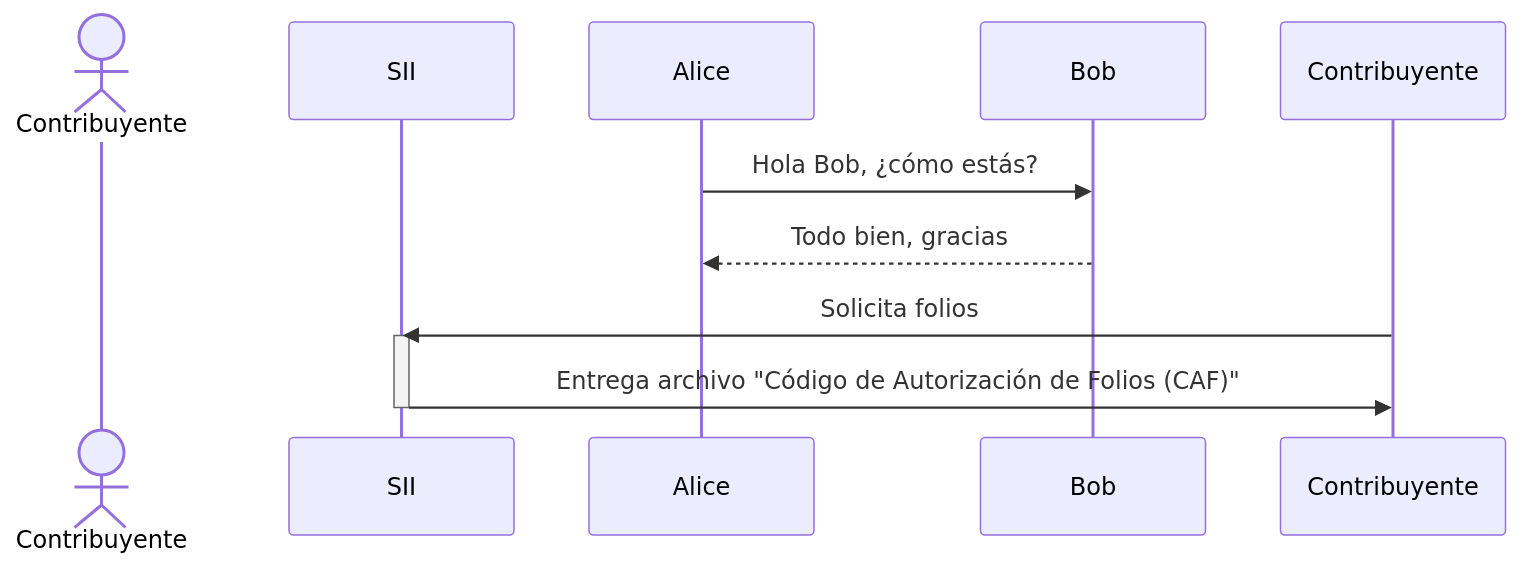
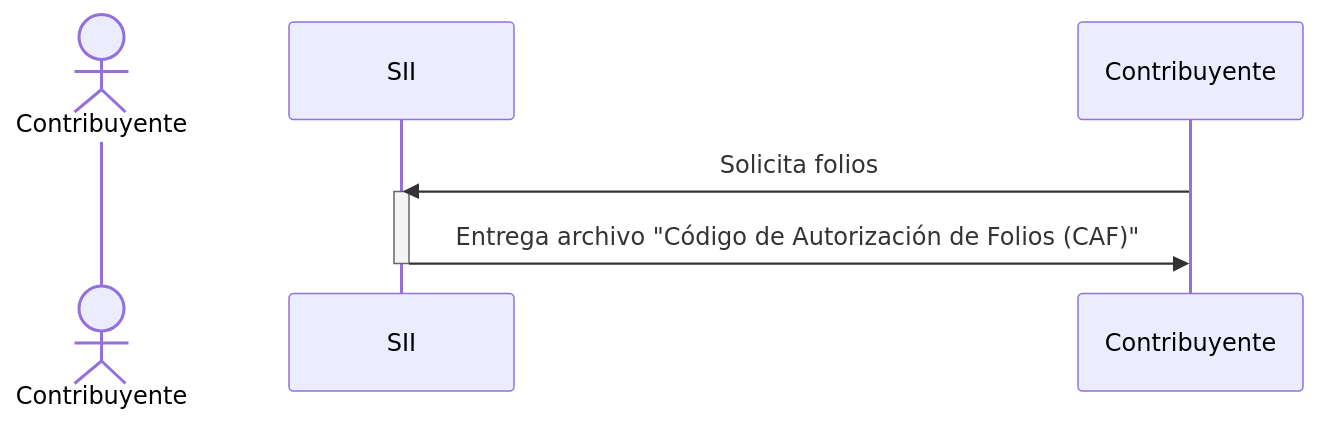
The diagram in README.md (mliulion/sii-uml), drawn with Mermaid before and after one commit.

````diff
--- a/README.md
+++ b/README.md
@@ -14,14 +14,14 @@
 ```mermaid
 sequenceDiagram
+
     actor       "Contribuyente\nEmisor" as Contribuyente
     participant SII
 
-    Alice->>Bob: Hola Bob, ¿cómo estás?
-    Bob-->>Alice: Todo bien, gracias
     Contribuyente ->> SII : Solicita folios
     activate SII
+    
     SII ->> Contribuyente : Entrega archivo "Código de Autorización de Folios (CAF)"
     deactivate SII
 
 
 ```
````
